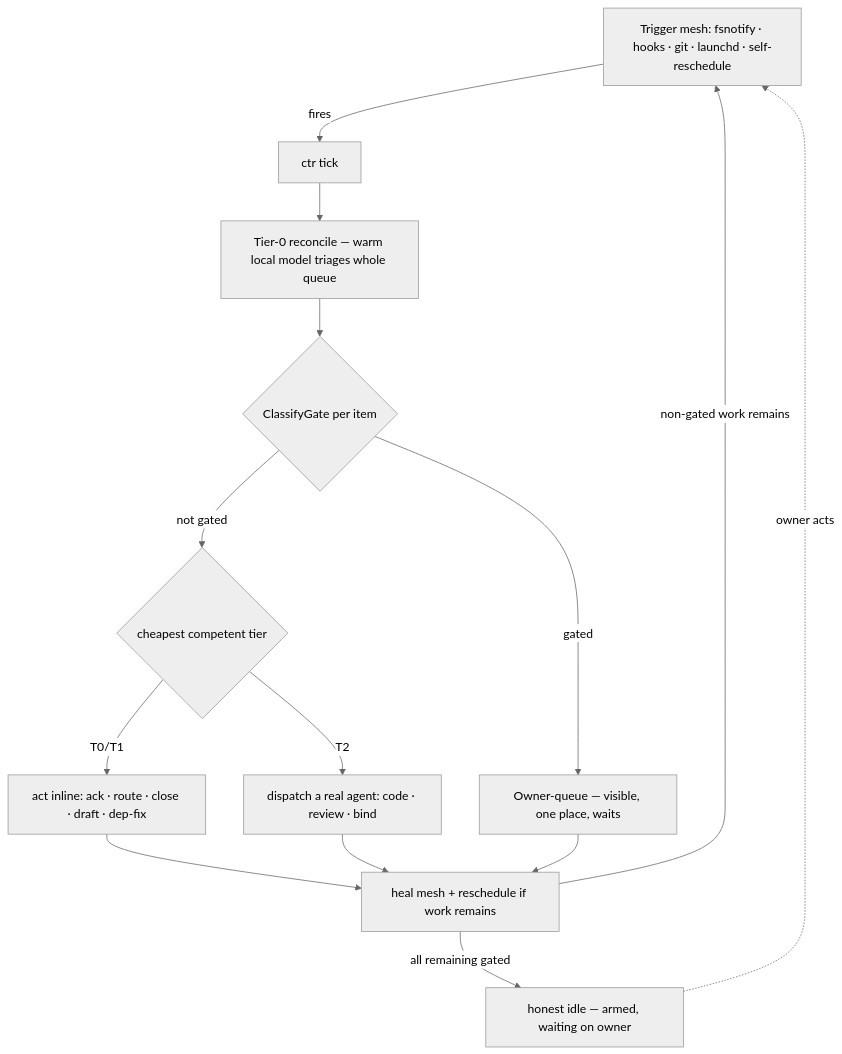
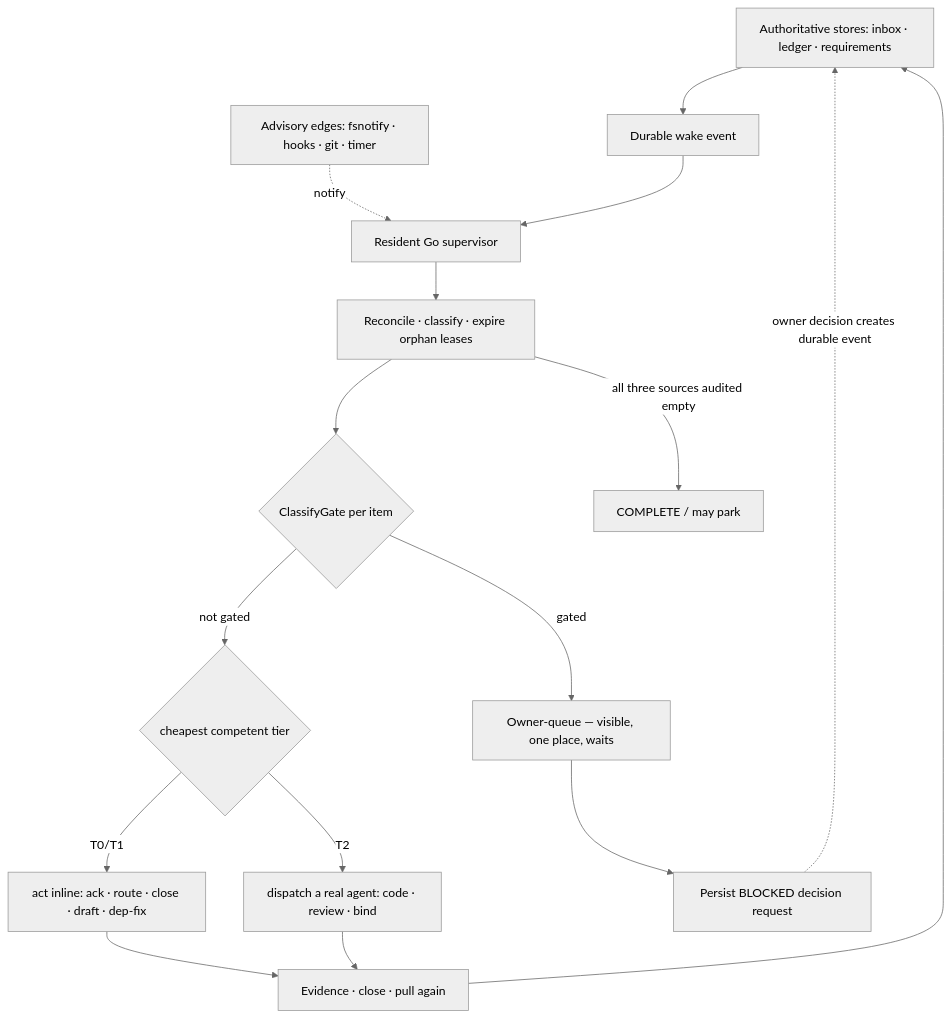
The diagram in docs/ADR-039-CONTINUOUS-WORK-SURFACE.md (SirsiMaster/sirsi-pantheon), drawn with Mermaid (neutral theme) before and after one commit. The commit also changed other lines of this file and 38 other files, not shown here.

````diff
--- a/docs/ADR-039-CONTINUOUS-WORK-SURFACE.md
+++ b/docs/ADR-039-CONTINUOUS-WORK-SURFACE.md
@@ -54,16 +73,18 @@
 ```mermaid
 flowchart TD
-  T[Trigger mesh: fsnotify · hooks · git · launchd · self-reschedule] -->|fires| K[ctr tick]
-  K --> R[Tier-0 reconcile — warm local model triages whole queue]
+  S[Authoritative stores: inbox · ledger · requirements] --> E[Durable wake event]
+  T[Advisory edges: fsnotify · hooks · git · timer] -.notify.-> H[Resident Go supervisor]
+  E --> H
+  H --> R[Reconcile · classify · expire orphan leases]
   R --> G{ClassifyGate per item}
   G -->|gated| Q[Owner-queue — visible, one place, waits]
   G -->|not gated| X{cheapest competent tier}
   X -->|T0/T1| A[act inline: ack · route · close · draft · dep-fix]
   X -->|T2| D[dispatch a real agent: code · review · bind]
-  A --> H[heal mesh + reschedule if work remains]
-  D --> H
-  Q --> H
-  H -->|non-gated work remains| T
-  H -->|all remaining gated| I[honest idle — armed, waiting on owner]
-  I -.owner acts.-> T
+  A --> C[Evidence · close · pull again]
+  D --> C
+  Q --> B[Persist BLOCKED decision request]
+  B -.owner decision creates durable event.-> S
+  C --> S
+  R -->|all three sources audited empty| I[COMPLETE / may park]
 ```
````
